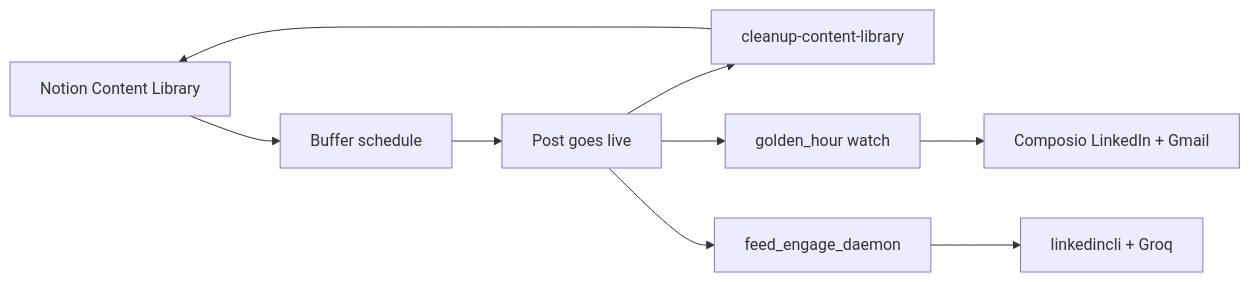
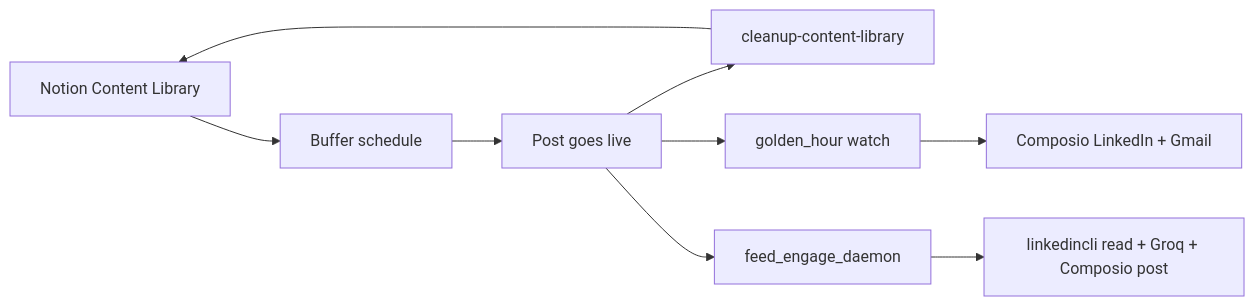
The diagram in README.md (ItsRRM97/LinkedIn-Automation), drawn with Mermaid before and after one commit. The commit also changed other lines of this file and 16 other files, not shown here.

````diff
--- a/README.md
+++ b/README.md
@@ -20,11 +20,11 @@
 ```mermaid
 flowchart LR
   Notion[Notion Content Library] --> Buffer[Buffer schedule]
   Buffer --> Live[Post goes live]
   Live --> Sync[cleanup-content-library]
   Live --> GH[golden_hour watch]
   Live --> FE[feed_engage_daemon]
   Sync --> Notion
   GH --> Composio[Composio LinkedIn + Gmail]
-  FE --> CLI[linkedincli + Groq]
+  FE --> CLI[linkedincli read + Groq + Composio post]
 ```
````
